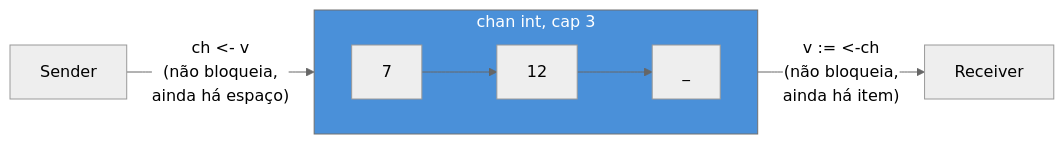
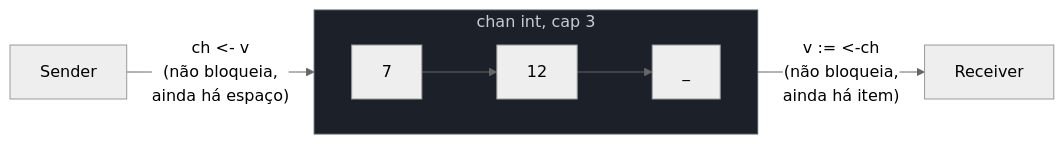
The second of 2 diagrams in 03-Dominios/Tecnologia/Go/08 - Channels e select/02 - Buffered vs unbuffered.md (josenaldo/codex-technomanticus), drawn with Mermaid (neutral theme) before and after one commit. The commit also changed 1181 other files, not shown here.

First line of the commit message:
fix(diagramas): paleta do sistema no lugar de cor cravada no markdown

````diff
--- a/03-Dominios/Tecnologia/Go/08 - Channels e select/02 - Buffered vs unbuffered.md
+++ b/03-Dominios/Tecnologia/Go/08 - Channels e select/02 - Buffered vs unbuffered.md
@@ -82,11 +82,12 @@
 ```mermaid
 flowchart LR
+    classDef neutro fill:#1B2029,stroke:#4E5666,color:#C6CCD8
     subgraph Buffer["chan int, cap 3"]
         direction LR
         S1["7"] --> S2["12"] --> S3["_"]
     end
     P["Sender"] -- "ch <- v\n(não bloqueia,\nainda há espaço)" --> Buffer
     Buffer -- "v := <-ch\n(não bloqueia,\nainda há item)" --> Cons["Receiver"]
 
-    style Buffer fill:#4A90D9,color:#fff
+    class Buffer neutro
 ```
````
